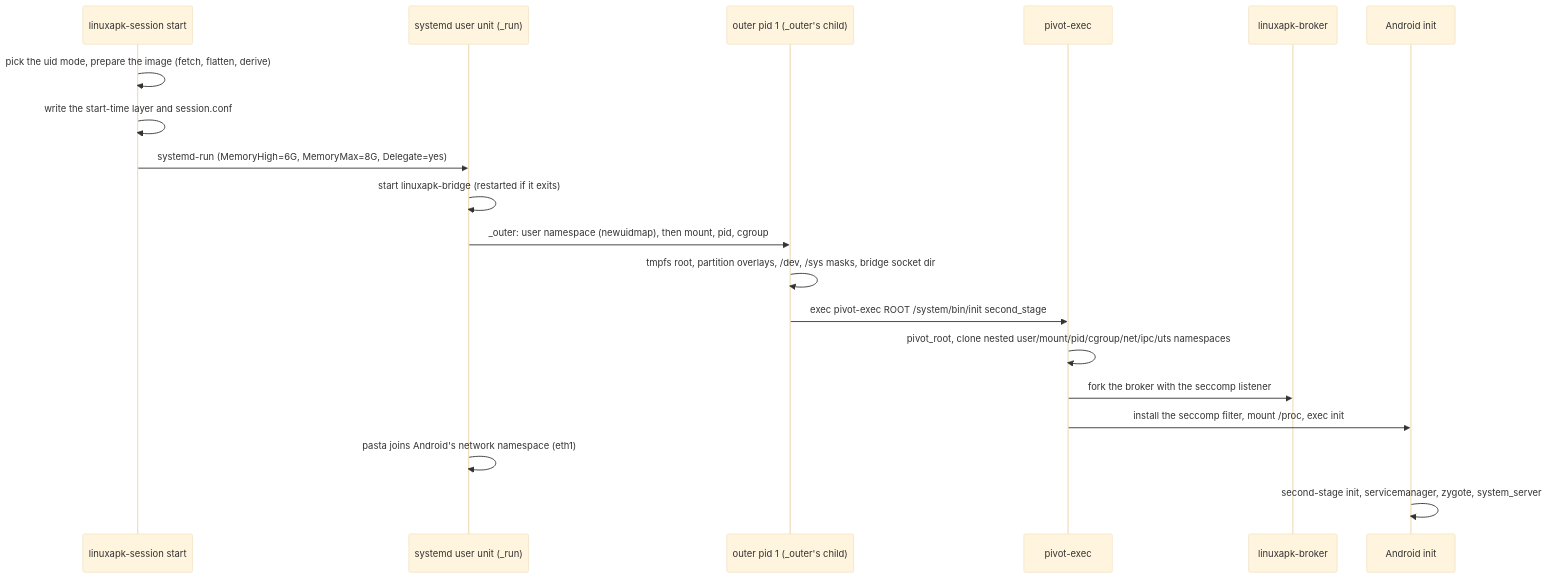
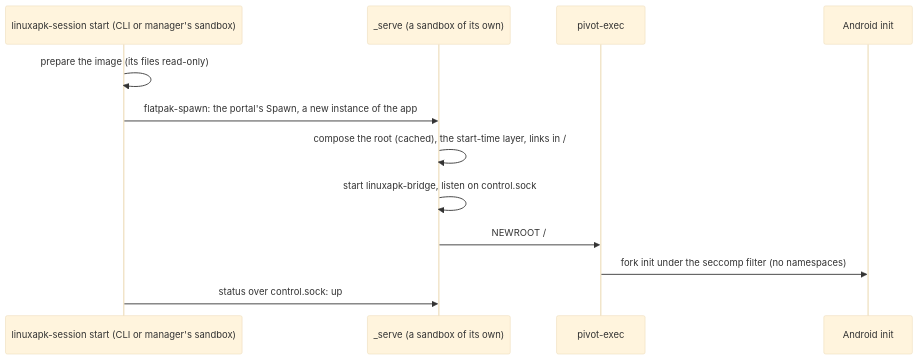
Before and after one commit to sargunv/innkeeper: the first of 3 diagrams in docs/session.md, drawn with Mermaid (base theme). The commit also changed other lines of this file and 79 other files, not shown here.

Commit message:
runtime: keep only the Flatpak session

````diff
--- a/docs/session.md
+++ b/docs/session.md
@@ -11,21 +19,14 @@
 ```mermaid
 sequenceDiagram
-  participant L as linuxapk-session start
-  participant U as systemd user unit (_run)
-  participant N as outer pid 1 (_outer's child)
+  participant C as linuxapk-session start (CLI or manager's sandbox)
+  participant S as _serve (a sandbox of its own)
   participant P as pivot-exec
-  participant B as linuxapk-broker
   participant I as Android init
-  L->>L: pick the uid mode, prepare the image (fetch, flatten, derive)
-  L->>L: write the start-time layer and session.conf
-  L->>U: systemd-run (MemoryHigh=6G, MemoryMax=8G, Delegate=yes)
-  U->>U: start linuxapk-bridge (restarted if it exits)
-  U->>N: _outer: user namespace (newuidmap), then mount, pid, cgroup
-  N->>N: tmpfs root, partition overlays, /dev, /sys masks, bridge socket dir
-  N->>P: exec pivot-exec ROOT /system/bin/init second_stage
-  P->>P: pivot_root, clone nested user/mount/pid/cgroup/net/ipc/uts namespaces
-  P->>B: fork the broker with the seccomp listener
-  P->>I: install the seccomp filter, mount /proc, exec init
-  U->>U: pasta joins Android's network namespace (eth1)
-  I->>I: second-stage init, servicemanager, zygote, system_server
+  C->>C: prepare the image (its files read-only)
+  C->>S: flatpak-spawn: the portal's Spawn, a new instance of the app
+  S->>S: compose the root (cached), the start-time layer, links in /
+  S->>S: start linuxapk-bridge, listen on control.sock
+  S->>P: NEWROOT /
+  P->>I: fork init under the seccomp filter (no namespaces)
+  C->>S: status over control.sock: up
 ```
````
